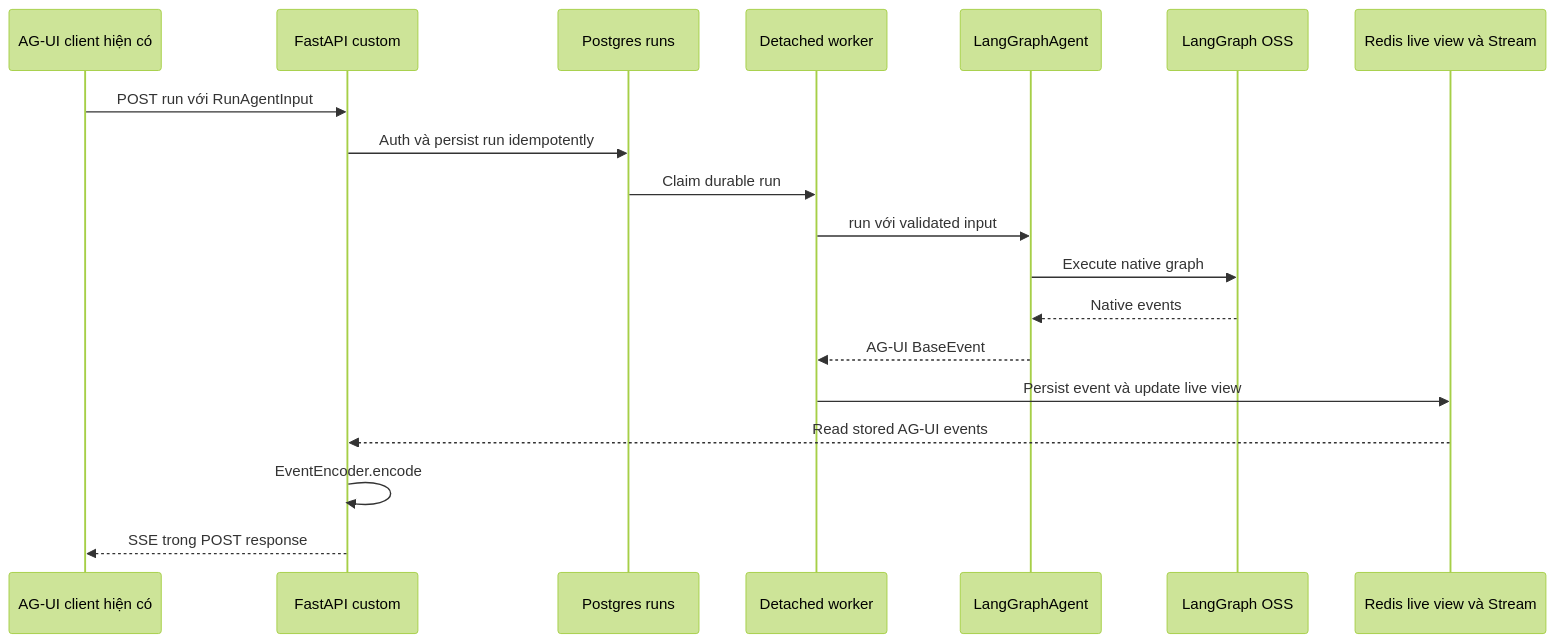
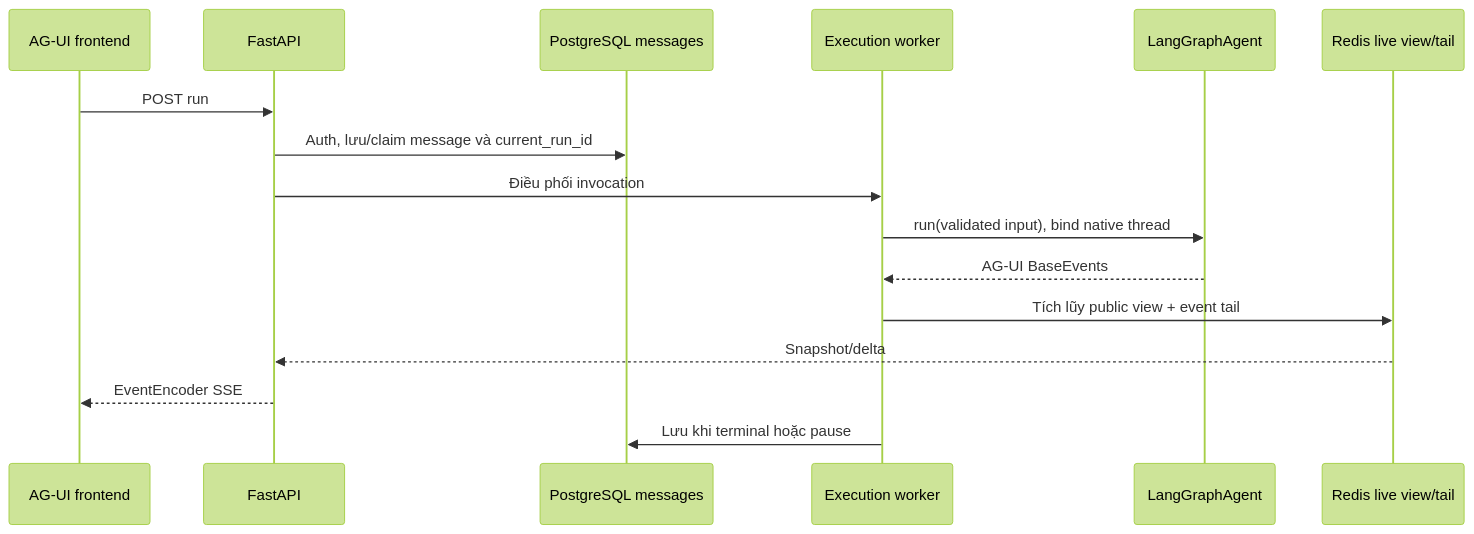
One commit to Lam-Hung-ai/full_stack_ai_agent changed the diagram in docs/chat_development/copilotkit-agui-integration.md. Above: the diagram before and after it, drawn with Mermaid (forest theme). The commit also changed other lines of this file and 39 other files, not shown here.

````diff
--- a/docs/chat_development/copilotkit-agui-integration.md
+++ b/docs/chat_development/copilotkit-agui-integration.md
@@ -36,21 +20,18 @@
 ```mermaid
 sequenceDiagram
-    participant FE as AG-UI client hiện có
-    participant API as FastAPI custom
-    participant DB as Postgres runs
-    participant W as Detached worker
+    participant FE as AG-UI frontend
+    participant API as FastAPI
+    participant DB as PostgreSQL messages
+    participant W as Execution worker
     participant AG as LangGraphAgent
-    participant LG as LangGraph OSS
-    participant R as Redis live view và Stream
-    FE->>API: POST run với RunAgentInput
-    API->>DB: Auth và persist run idempotently
-    DB->>W: Claim durable run
-    W->>AG: run với validated input
-    AG->>LG: Execute native graph
-    LG-->>AG: Native events
-    AG-->>W: AG-UI BaseEvent
-    W->>R: Persist event và update live view
-    R-->>API: Read stored AG-UI events
-    API->>API: EventEncoder.encode
-    API-->>FE: SSE trong POST response
+    participant R as Redis live view/tail
+    FE->>API: POST run
+    API->>DB: Auth, lưu/claim message và current_run_id
+    API->>W: Điều phối invocation
+    W->>AG: run(validated input), bind native thread
+    AG-->>W: AG-UI BaseEvents
+    W->>R: Tích lũy public view + event tail
+    R-->>API: Snapshot/delta
+    API-->>FE: EventEncoder SSE
+    W->>DB: Lưu khi terminal hoặc pause
 ```
````
